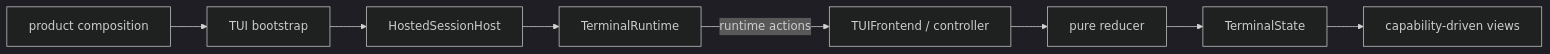
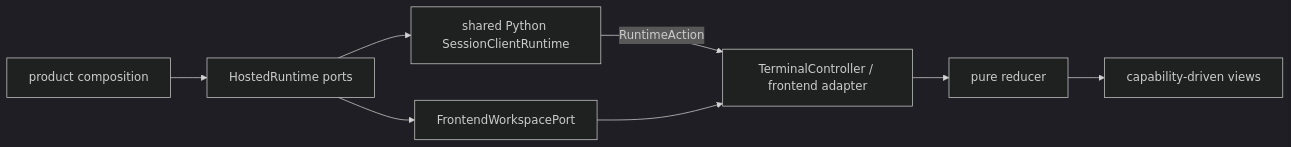
One commit to czh869452912/ccode-win7 changed the diagram in docs/platform/frontend-tui.md. Above: the diagram before and after it, drawn with Mermaid (dark theme). The commit also changed other lines of this file and 16 other files, not shown here.

Commit message:
docs: close cli client runtime convergence

````diff
--- a/docs/platform/frontend-tui.md
+++ b/docs/platform/frontend-tui.md
@@ -28,10 +31,10 @@
 ```mermaid
 flowchart LR
-    P["product composition"] --> B["TUI bootstrap"]
-    B --> H["HostedSessionHost"]
-    H --> T["TerminalRuntime"]
-    T -->|runtime actions| F["TUIFrontend / controller"]
-    F --> R["pure reducer"]
-    R --> S["TerminalState"]
-    S --> V["capability-driven views"]
+    P["product composition"] --> H["HostedRuntime ports"]
+    H --> S["shared Python SessionClientRuntime"]
+    S -->|"RuntimeAction"| C["TerminalController / frontend adapter"]
+    H --> W["FrontendWorkspacePort"]
+    W --> C
+    C --> R["pure reducer"]
+    R --> V["capability-driven views"]
 ```
````
